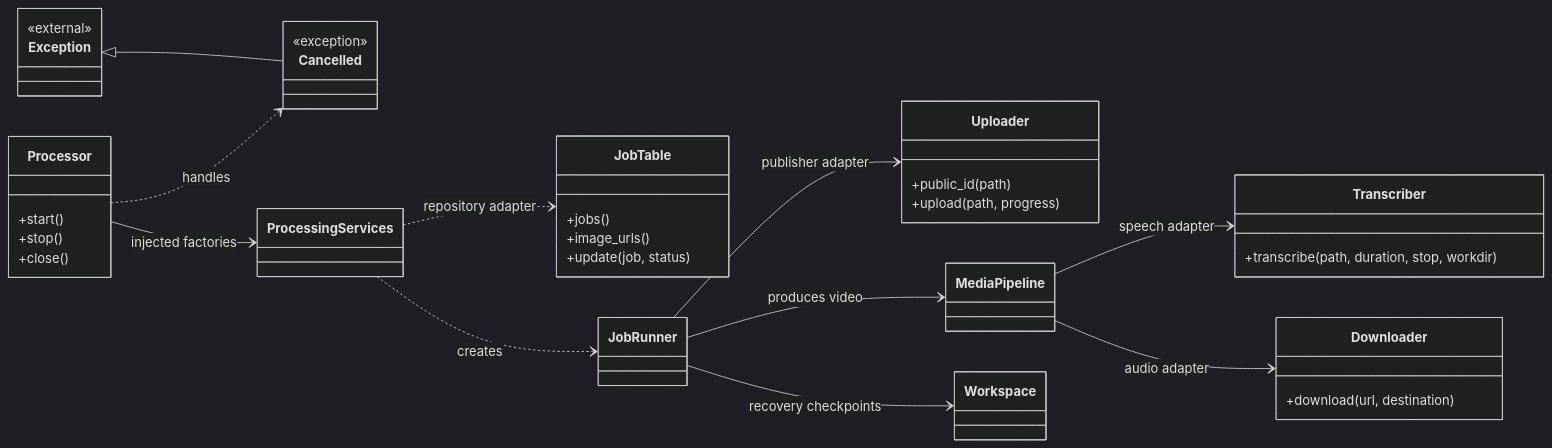
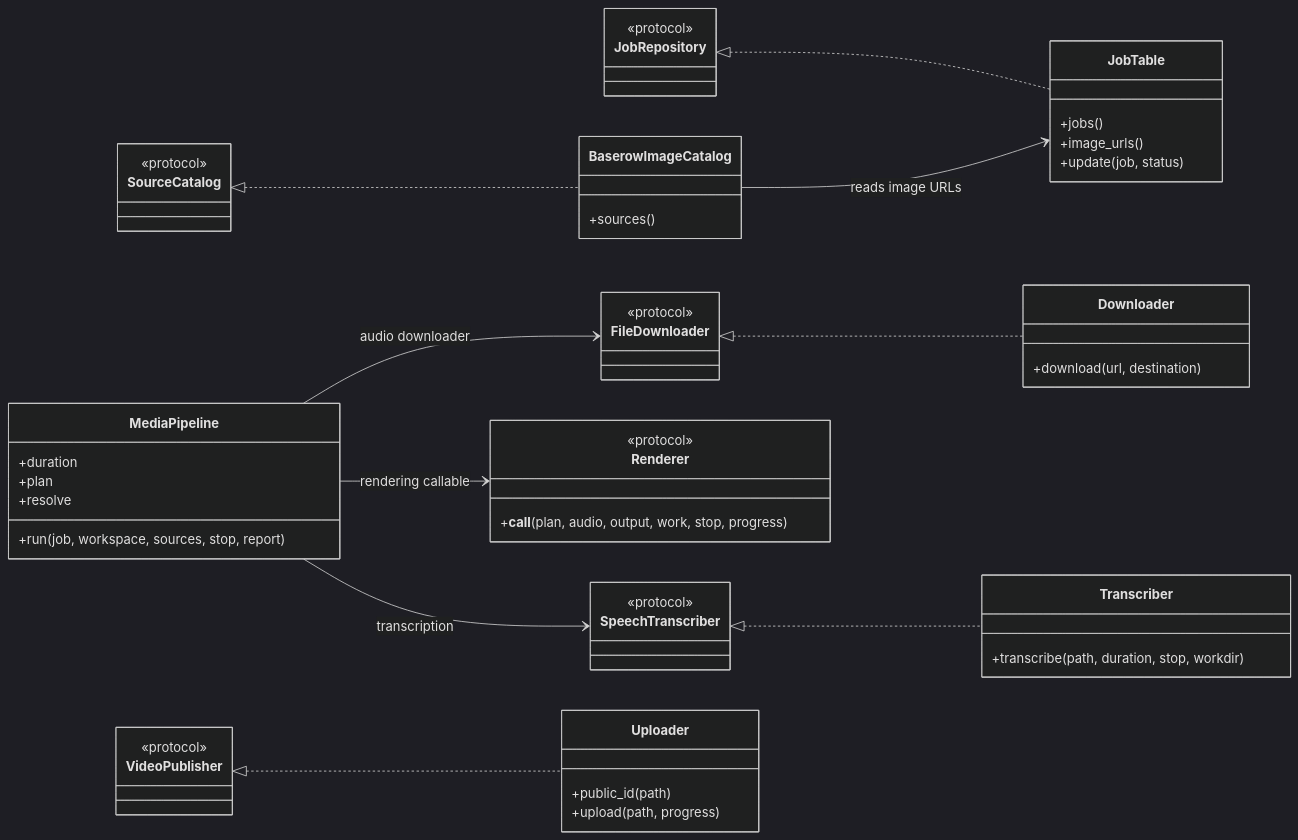
Before and after one commit to houssamBensiyed/poetry-shorts-maker: the fourth of 5 diagrams in README.md, drawn with Mermaid (dark theme). The commit also changed other lines of this file and 2 other files, not shown here.

Commit message:
docs: align diagrams and guides with the refactored architecture

````diff
--- a/README.md
+++ b/README.md
@@ -248,42 +326,58 @@
 ```mermaid
 classDiagram
     direction LR
 
-    class Processor {
-        +start()
-        +stop()
-        +close()
+    class JobRepository {
+        <<protocol>>
+    }
+    class SourceCatalog {
+        <<protocol>>
+    }
+    class FileDownloader {
+        <<protocol>>
+    }
+    class SpeechTranscriber {
+        <<protocol>>
+    }
+    class VideoPublisher {
+        <<protocol>>
+    }
+    class Renderer {
+        <<protocol>>
+        +__call__(plan, audio, output, work, stop, progress)
     }
     class JobTable {
         +jobs()
         +image_urls()
         +update(job, status)
+    }
+    class BaserowImageCatalog {
+        +sources()
     }
     class Downloader {
         +download(url, destination)
     }
     class Transcriber {
         +transcribe(path, duration, stop, workdir)
     }
     class Uploader {
         +public_id(path)
         +upload(path, progress)
     }
-    class Cancelled {
-        <<exception>>
-    }
-    class Exception {
-        <<external>>
+    class MediaPipeline {
+        +duration
+        +plan
+        +resolve
+        +run(job, workspace, sources, stop, report)
     }
 
-    Exception <|-- Cancelled
-    Processor --> ProcessingServices : injected factories
-    ProcessingServices ..> JobTable : repository adapter
-    ProcessingServices ..> JobRunner : creates
-    JobRunner --> MediaPipeline : produces video
-    JobRunner --> Uploader : publisher adapter
-    JobRunner --> Workspace : recovery checkpoints
-    MediaPipeline --> Transcriber : speech adapter
-    MediaPipeline --> Downloader : audio adapter
-    Processor ..> Cancelled : handles
+    JobRepository <|.. JobTable
+    SourceCatalog <|.. BaserowImageCatalog
+    BaserowImageCatalog --> JobTable : reads image URLs
+    FileDownloader <|.. Downloader
+    SpeechTranscriber <|.. Transcriber
+    VideoPublisher <|.. Uploader
+    MediaPipeline --> FileDownloader : audio downloader
+    MediaPipeline --> SpeechTranscriber : transcription
+    MediaPipeline --> Renderer : rendering callable
 ```
````
